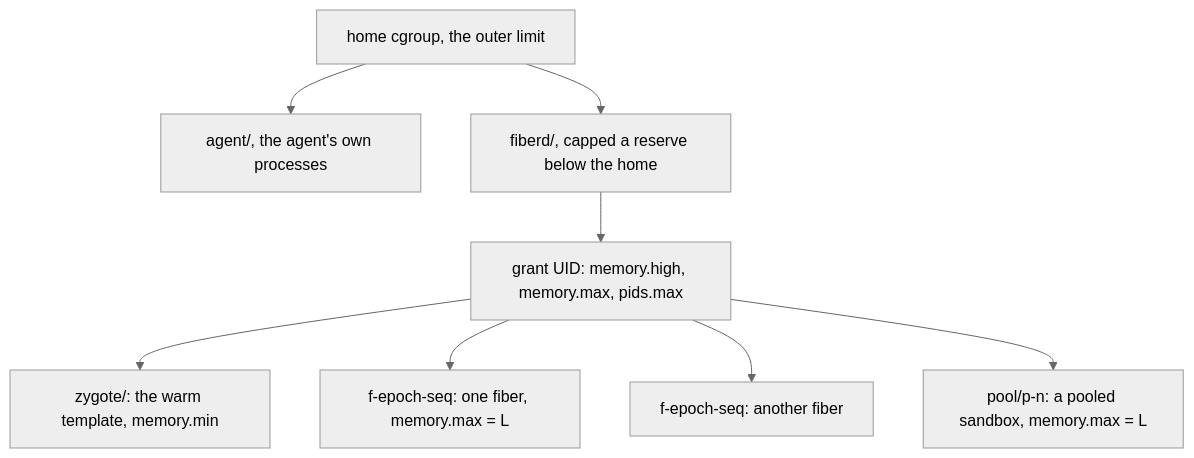
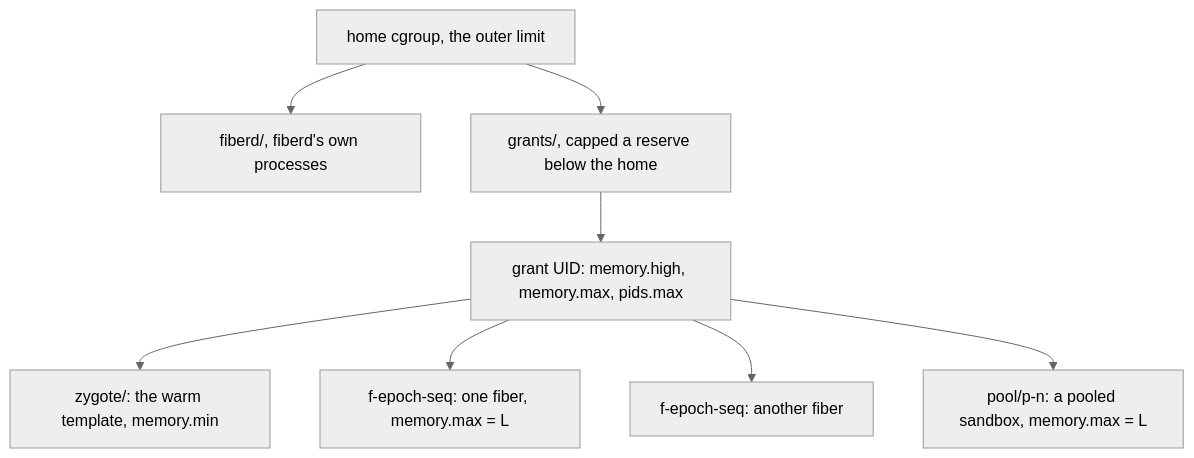
One commit to helayoty/fiberd changed the diagram in docs/design/resources.md. Above: the diagram before and after it, drawn with Mermaid (neutral theme). The commit also changed other lines of this file and 286 other files, not shown here.

````diff
--- a/docs/design/resources.md
+++ b/docs/design/resources.md
@@ -11,10 +11,10 @@
 ```mermaid
 flowchart TB
-  H["home cgroup, the outer limit"] --> A["agent/, the agent's own processes"]
-  H --> R["fiberd/, capped a reserve below the home"]
+  H["home cgroup, the outer limit"] --> A["fiberd/, fiberd's own processes"]
+  H --> R["grants/, capped a reserve below the home"]
   R --> G["grant UID: memory.high, memory.max, pids.max"]
   G --> Z["zygote/: the warm template, memory.min"]
   G --> F1["f-epoch-seq: one fiber, memory.max = L"]
   G --> F2["f-epoch-seq: another fiber"]
   G --> P["pool/p-n: a pooled sandbox, memory.max = L"]
 ```
````
